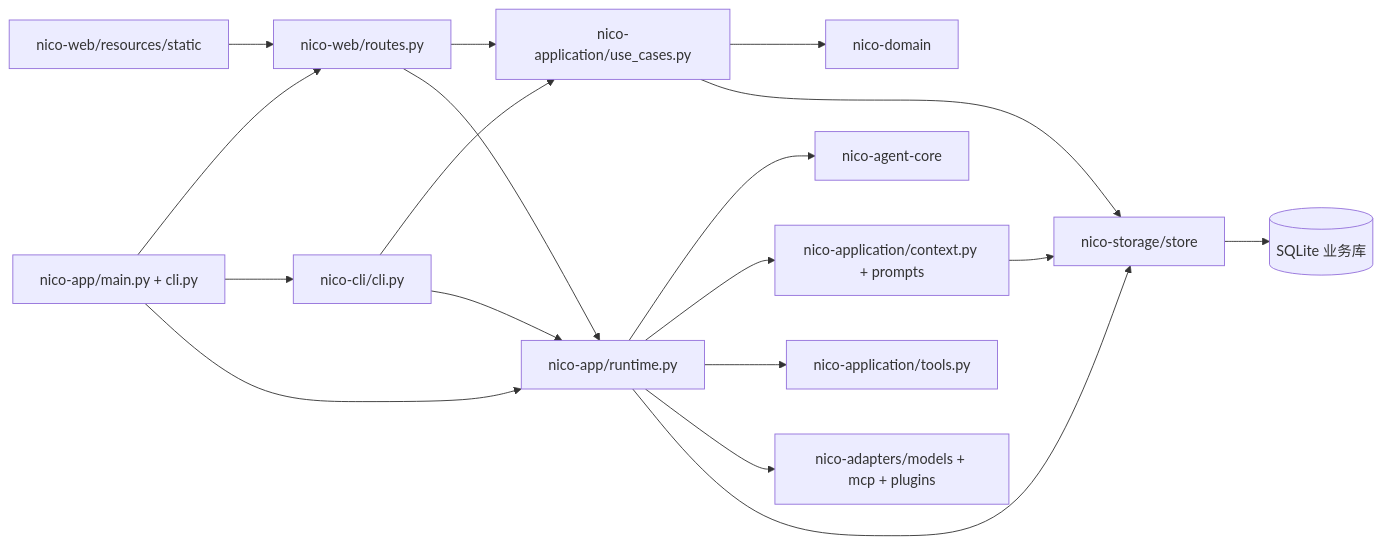
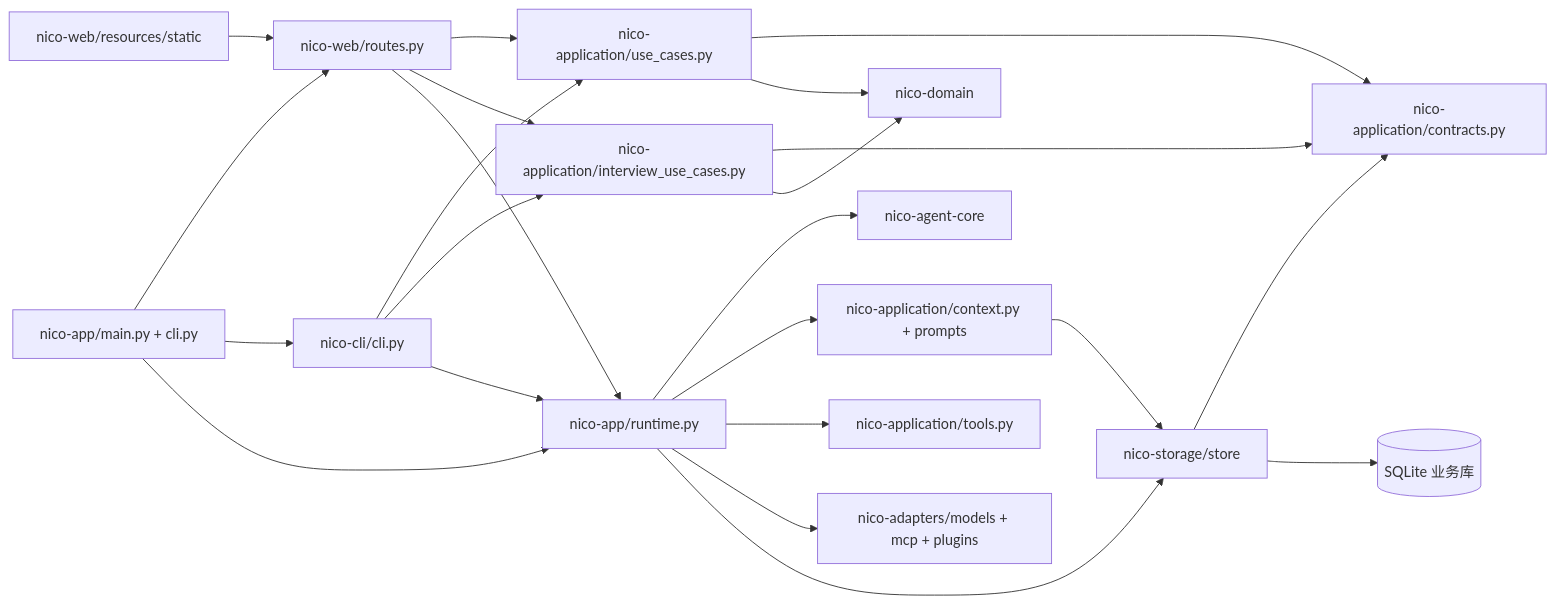
One commit to Nico-Sq/Nico-agent changed the diagram in EXECUTION_PLAN.md. Above: the diagram before and after it, drawn with Mermaid. The commit also changed other lines of this file and 6 other files, not shown here.

Commit message:
refactor: separate application contracts and interview flow

````diff
--- a/EXECUTION_PLAN.md
+++ b/EXECUTION_PLAN.md
@@ -54,20 +54,25 @@
 ```mermaid
 flowchart LR
   WebUI[nico-web/resources/static] --> Web[nico-web/routes.py]
   CLI[nico-cli/cli.py] --> Cases[nico-application/use_cases.py]
+  CLI --> InterviewCases[nico-application/interview_use_cases.py]
   Web --> Cases
+  Web --> InterviewCases
+  Cases --> Ports[nico-application/contracts.py]
+  InterviewCases --> Ports
   Cases --> Domain[nico-domain]
-  Cases --> Store[nico-storage/store]
+  InterviewCases --> Domain
+  Store[nico-storage/store] --> Ports
   Web --> Runtime[nico-app/runtime.py]
   CLI --> Runtime
   Runtime --> Core[nico-agent-core]
   Runtime --> Context[nico-application/context.py + prompts]
   Runtime --> Tools[nico-application/tools.py]
   Runtime --> Adapters[nico-adapters/models + mcp + plugins]
   Runtime --> Store
   Context --> Store
   Store --> DB[(SQLite 业务库)]
   App[nico-app/main.py + cli.py] --> Web
   App --> CLI
   App --> Runtime
 ```
````
